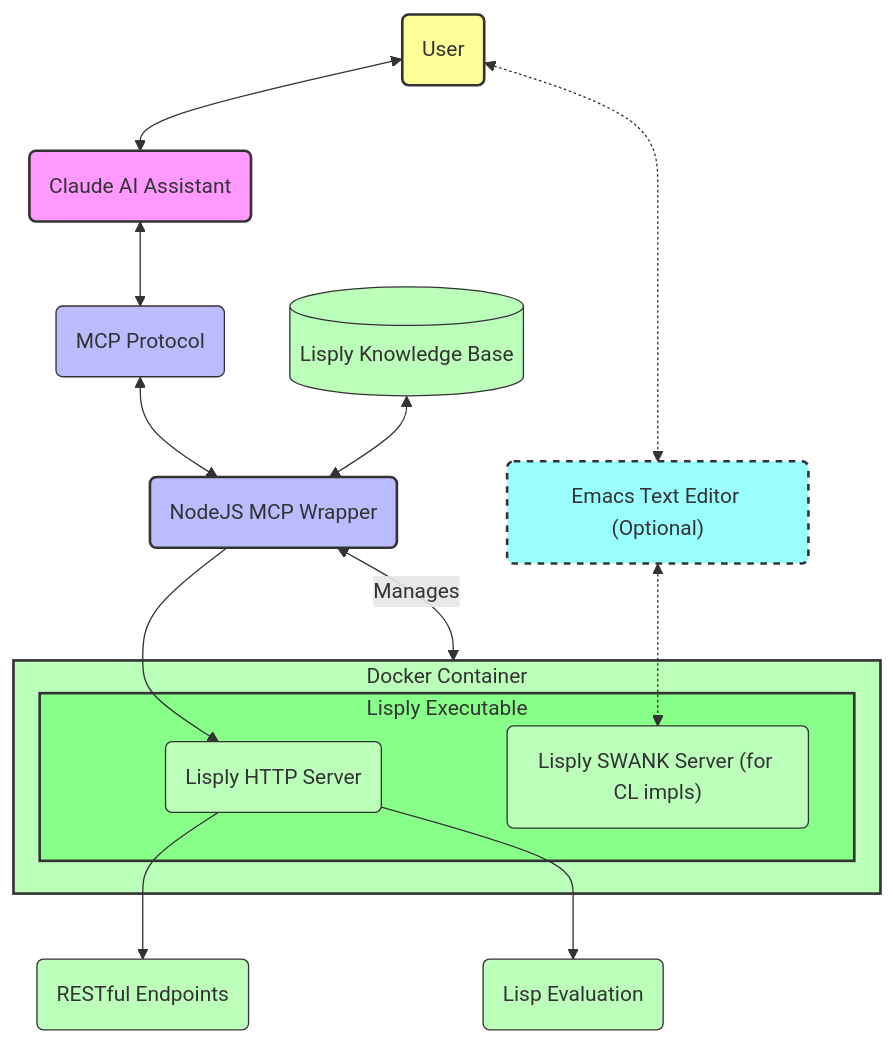
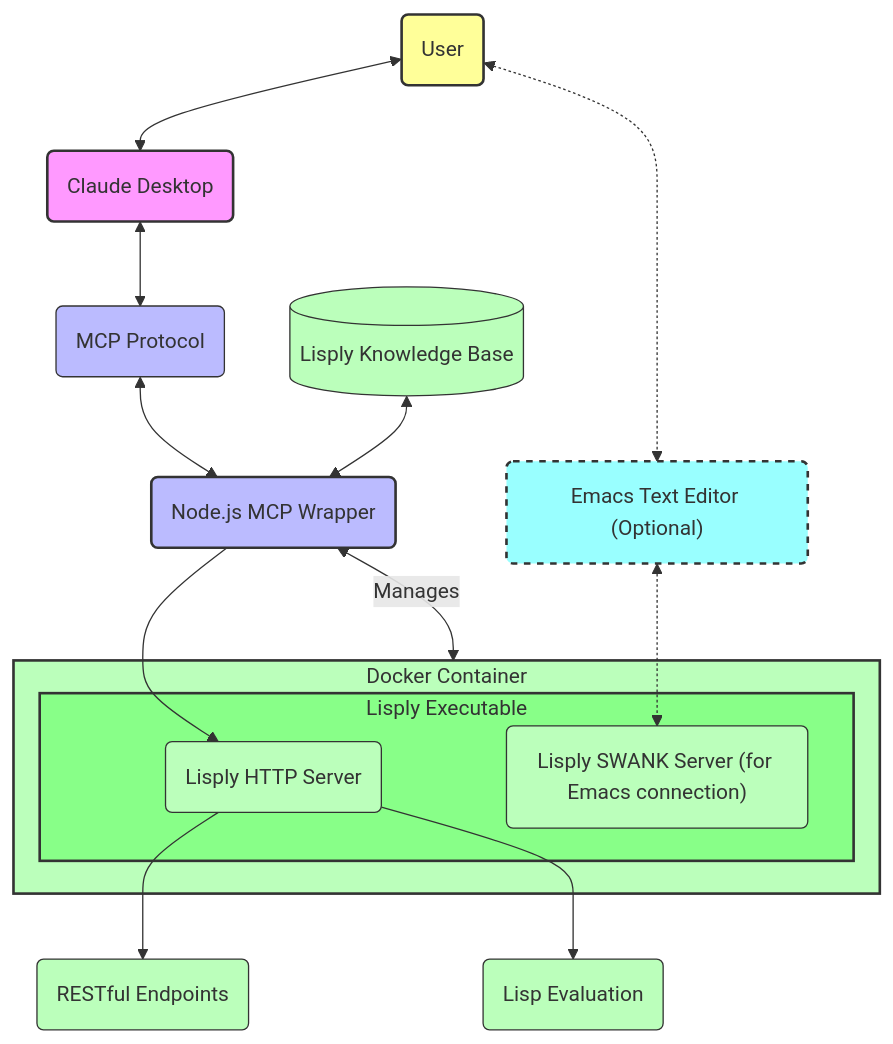
The diagram in README.md (gornskew/lisply-mcp), drawn with Mermaid before and after one commit. The commit also changed other lines of this file, not shown here.

````diff
--- a/README.md
+++ b/README.md
@@ -242,39 +257,39 @@
 ```mermaid
 flowchart TB
-    User("User") <--> Claude("Claude AI Assistant")
+    User("User") <--> Claude("Claude Desktop")
     User <-.-> Emacs("Emacs Text Editor (Optional)")
 
     Claude <--> MCP("MCP Protocol")
-    MCP <--> Wrapper("NodeJS MCP Wrapper")
+    MCP <--> Wrapper("Node.js MCP Wrapper")
 
     Wrapper --> LisplyHttp("Lisply HTTP Server")
     
     subgraph Docker ["Docker Container"]
     subgraph LisplyExec["Lisply Executable"]
     LisplyHttp
-    LisplySwank("Lisply SWANK Server (for CL impls)")
+    LisplySwank("Lisply SWANK Server (for Emacs connection)")
     end
     end
 	
     Wrapper <-- "Manages" --> Docker
 
     Emacs <-.-> LisplySwank
     
     KB[("Lisply Knowledge Base")] <--> Wrapper
     
     LisplyHttp --> Endpoints("RESTful Endpoints")
     LisplyHttp --> LispEval("Lisp Evaluation")
     
     style User fill:#ff9,stroke:#333,stroke-width:2px
     style Claude fill:#f9f,stroke:#333,stroke-width:2px
     style Emacs fill:#9ff,stroke:#333,stroke-width:2px,stroke-dasharray:5
     style Wrapper fill:#bbf,stroke:#333,stroke-width:2px
     style MCP fill:#bbf,stroke:#333,stroke-width:1px
     style Docker fill:#bfb,stroke:#333,stroke-width:2px
     style LisplyExec fill:#8f8,stroke:#333,stroke-width:2px
     style LisplyHttp fill:#bfb,stroke:#333,stroke-width:1px
     style LisplySwank fill:#bfb,stroke:#333,stroke-width:1px
     style KB fill:#bfb,stroke:#333,stroke-width:1px
     style Endpoints fill:#bfb,stroke:#333,stroke-width:1px
     style LispEval fill:#bfb,stroke:#333,stroke-width:1px
 ```
````
